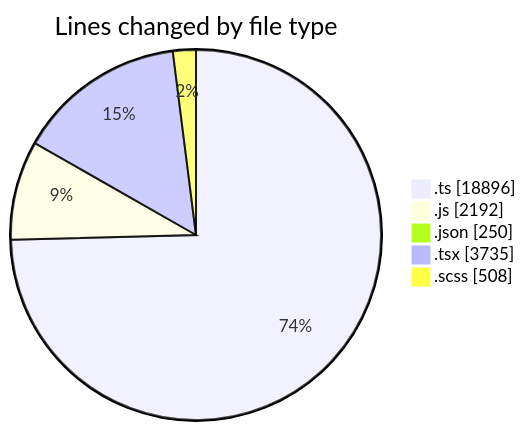
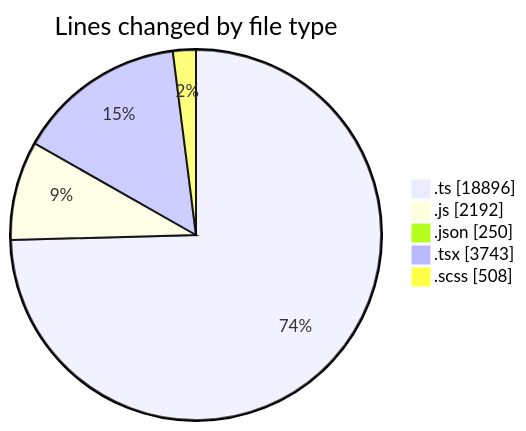
One commit to momahboobian/code-tracking changed the first of 2 diagrams in 2026-06-18/cda/README.md. Above: the diagram before and after it, drawn with Mermaid. The commit also changed other lines of this file and 1 other file, not shown here.

````diff
--- a/2026-06-18/cda/README.md
+++ b/2026-06-18/cda/README.md
@@ -70,9 +70,9 @@
 ```mermaid
 pie showData
 title Lines changed by file type
 ".ts" : 18896
 ".js" : 2192
 ".json" : 250
-".tsx" : 3735
+".tsx" : 3743
 ".scss" : 508
 ```
````
